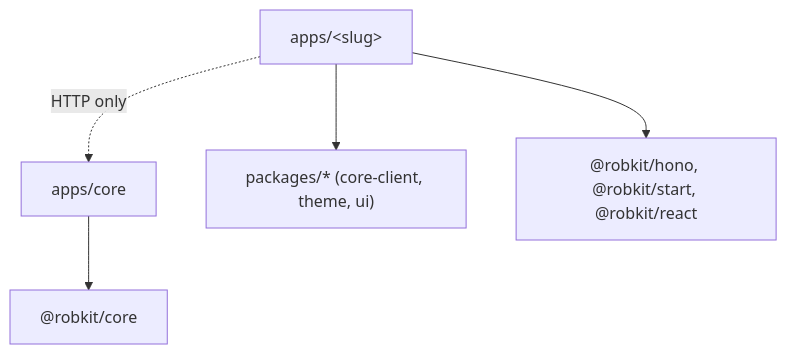
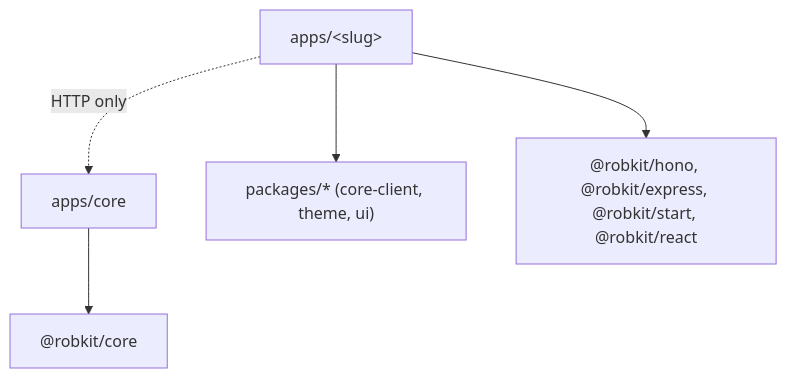
The fifth of 5 diagrams in docs/architecture.md (RobertScholey98/robkit), drawn with Mermaid before and after one commit. The commit also changed other lines of this file and 4 other files, not shown here.

````diff
--- a/docs/architecture.md
+++ b/docs/architecture.md
@@ -149,13 +152,13 @@
 ```mermaid
 flowchart TD
   app["apps/&lt;slug&gt;"]
   coreApp["apps/core"]
   shared["packages/* (core-client, theme, ui)"]
-  adapters["@robkit/hono, @robkit/start, @robkit/react"]
+  adapters["@robkit/hono, @robkit/express, @robkit/start, @robkit/react"]
   robkitCore["@robkit/core"]
 
   app --> shared
   app --> adapters
   coreApp --> robkitCore
   app -. HTTP only .-> coreApp
 ```
````
